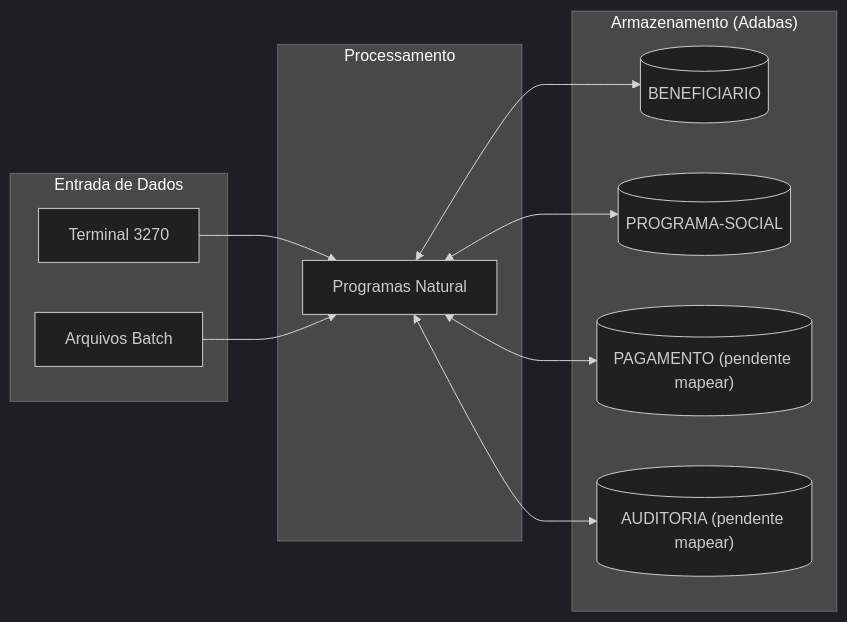
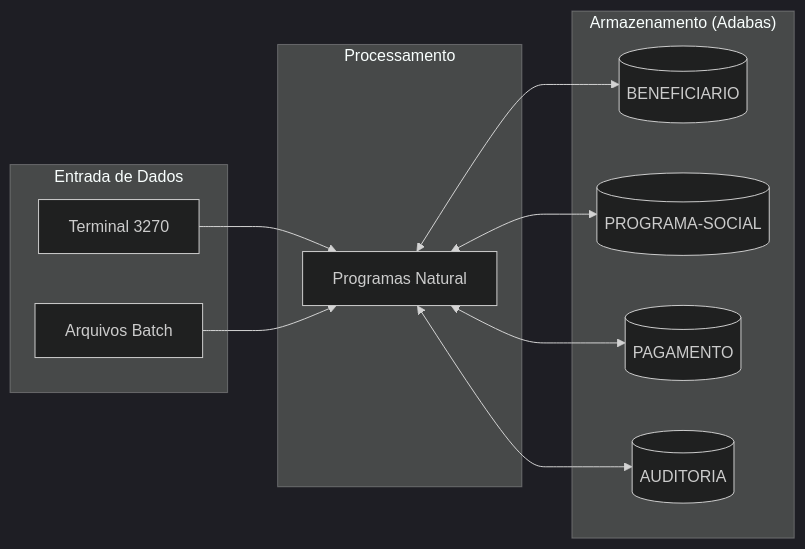
One commit to leonardooo/hackathon-team-02-vd changed the second of 2 diagrams in 01-arqueologia/dependency-map.md. Above: the diagram before and after it, drawn with Mermaid (dark theme). The commit also changed other lines of this file and 1 other file, not shown here.

````diff
--- a/01-arqueologia/dependency-map.md
+++ b/01-arqueologia/dependency-map.md
@@ -34,25 +82,25 @@
 ```mermaid
 flowchart LR
  subgraph "Entrada de Dados"
  UI["Terminal 3270"]
  BATCH["Arquivos Batch"]
  end
 
  subgraph "Processamento"
  PROG["Programas Natural"]
  end
 
  subgraph "Armazenamento (Adabas)"
  DDM1[("BENEFICIARIO")]
  DDM2[("PROGRAMA-SOCIAL")]
- DDM3[("PAGAMENTO (pendente mapear)")]
- DDM4[("AUDITORIA (pendente mapear)")]
+ DDM3[("PAGAMENTO")]
+ DDM4[("AUDITORIA")]
  end
 
  UI --> PROG
  BATCH --> PROG
  PROG <--> DDM1
  PROG <--> DDM2
  PROG <--> DDM3
  PROG <--> DDM4
 ```
````
